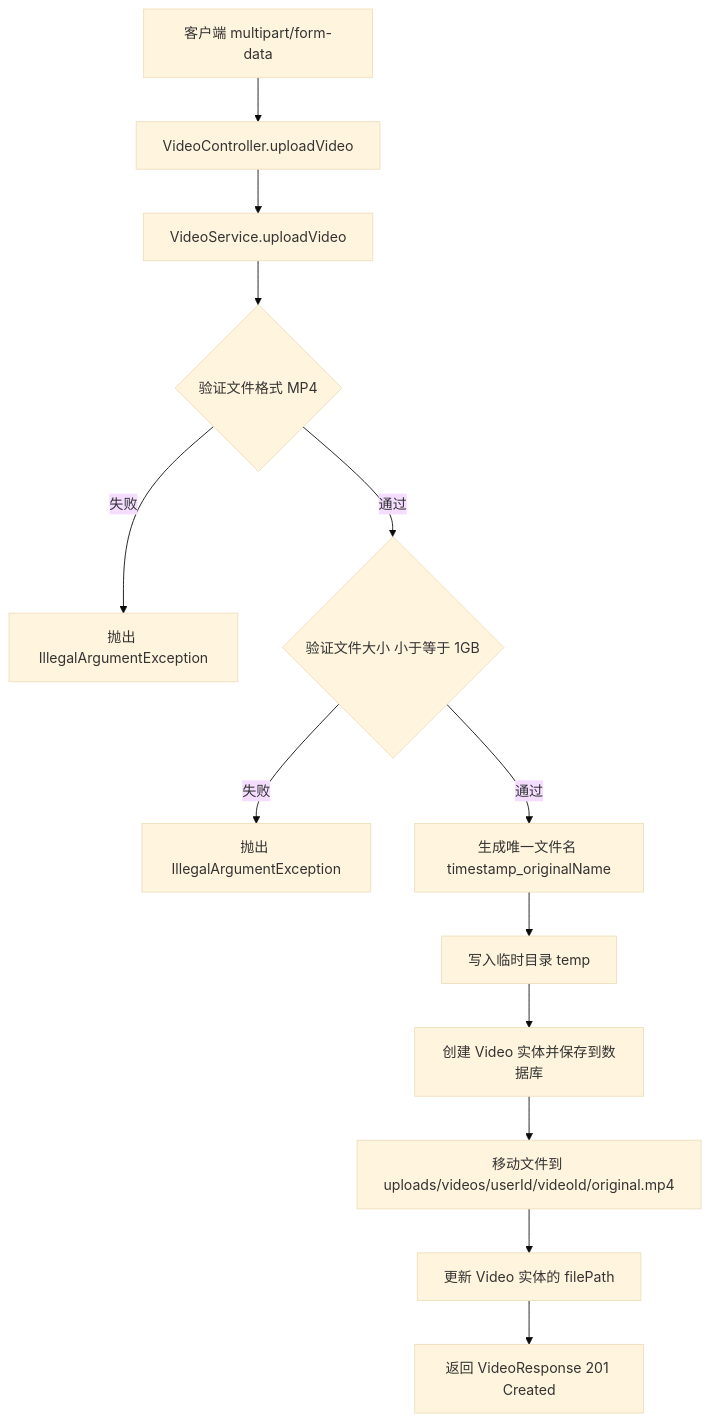
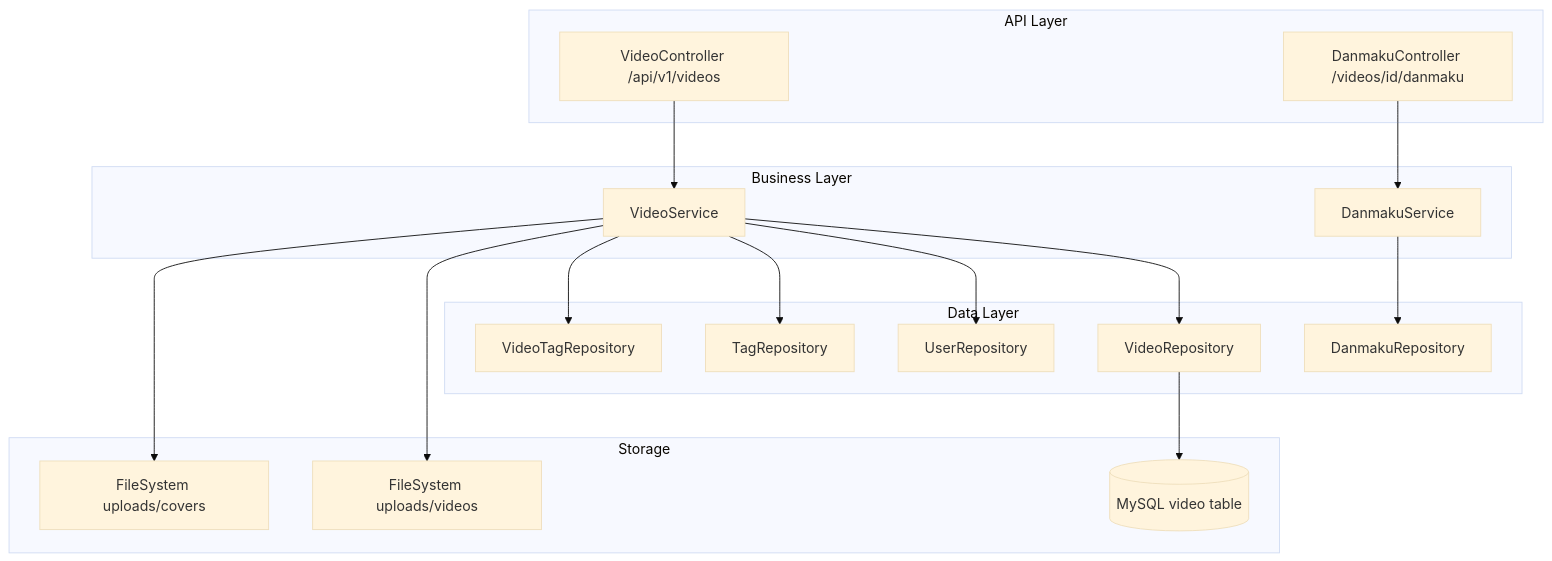
The first of 2 diagrams in repowiki/微课视频.md (mambo-wang/CodingHub), drawn with Mermaid (base theme) before and after one commit. The commit also changed other lines of this file and 24 other files, not shown here.

````diff
--- a/repowiki/微课视频.md
+++ b/repowiki/微课视频.md
@@ -119,15 +9,23 @@
 ```mermaid
 graph TD
-    A[客户端 multipart/form-data] --> B[VideoController.uploadVideo]
-    B --> C[VideoService.uploadVideo]
-    C --> D{验证文件格式 MP4}
-    D -- 失败 --> E[抛出 IllegalArgumentException]
-    D -- 通过 --> F{验证文件大小 小于等于 1GB}
-    F -- 失败 --> G[抛出 IllegalArgumentException]
-    F -- 通过 --> H[生成唯一文件名 timestamp_originalName]
-    H --> I[写入临时目录 temp]
-    I --> J[创建 Video 实体并保存到数据库]
-    J --> K[移动文件到 uploads/videos/userId/videoId/original.mp4]
-    K --> L[更新 Video 实体的 filePath]
-    L --> M[返回 VideoResponse 201 Created]
+    subgraph API Layer
+        A[VideoController /api/v1/videos]
+        B[DanmakuController /videos/id/danmaku]
+    end
+    subgraph Business Layer
+        A --> C[VideoService]
+        B --> D[DanmakuService]
+    end
+    subgraph Data Layer
+        C --> E[VideoRepository]
+        C --> F[UserRepository]
+        C --> G[TagRepository]
+        C --> H[VideoTagRepository]
+        D --> I[DanmakuRepository]
+    end
+    subgraph Storage
+        E --> J[(MySQL video table)]
+        C --> K[FileSystem uploads/videos]
+        C --> L[FileSystem uploads/covers]
+    end
 ```
````
